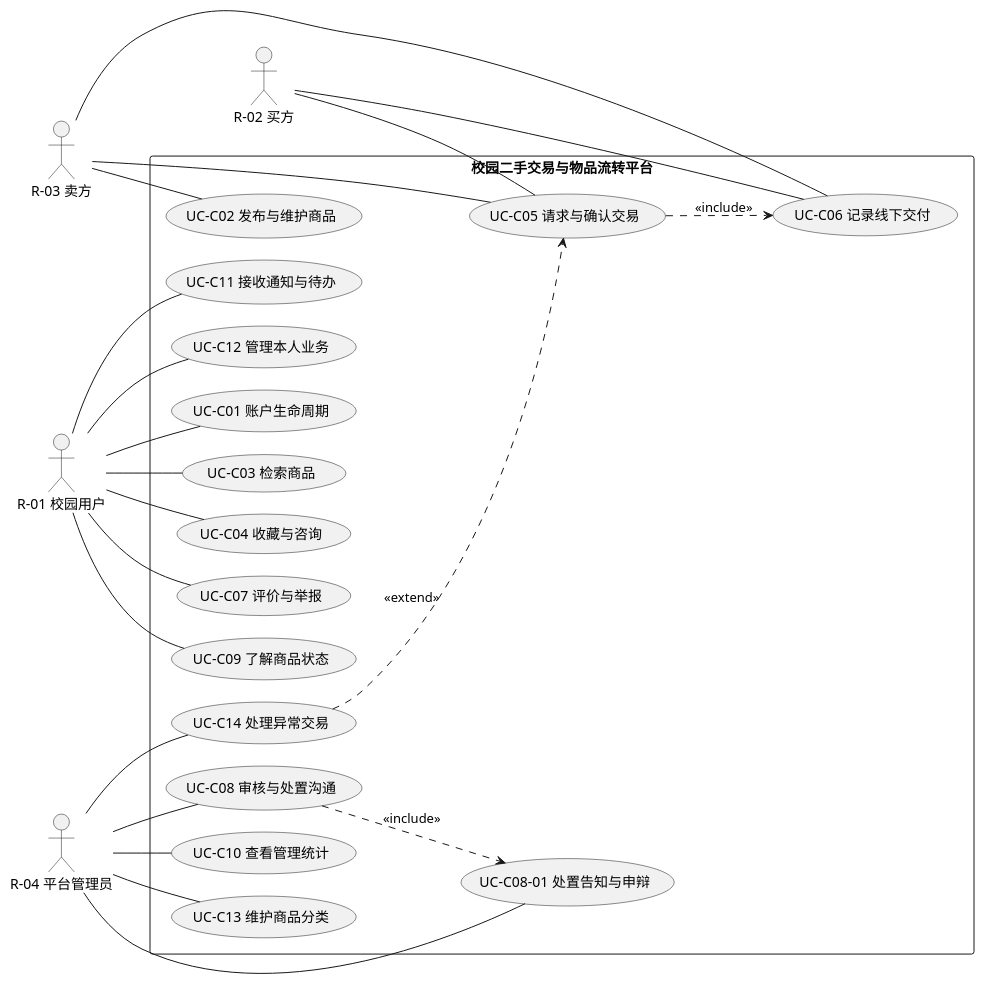
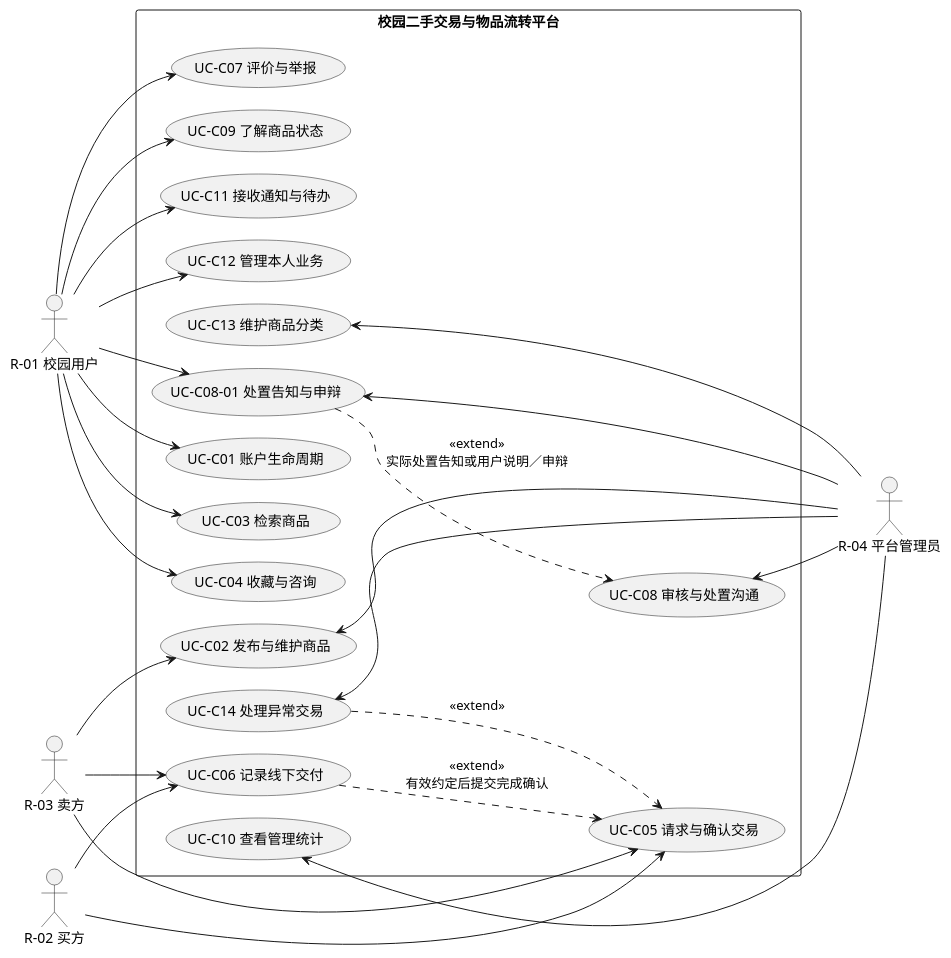
The diagram in docs/appendices/models/UC-01-系统用例图.puml (iy88/se-course-project-1), drawn with PlantUML before and after one commit. The commit also changed other lines of this file and 34 other files, not shown here.

First line of the commit message:
docs(models): 调整用例关系与图示

```diff
--- a/docs/appendices/models/UC-01-系统用例图.puml
+++ b/docs/appendices/models/UC-01-系统用例图.puml
@@ -7,54 +7,56 @@
 @startuml
 left to right direction
-skinparam defaultFontName "Microsoft YaHei"
+skinparam defaultFontName "PingFang SC"
 skinparam shadowing false
 skinparam packageStyle rectangle
 skinparam nodesep 22
 skinparam ranksep 40
 skinparam defaultTextAlignment center
 
 actor "R-01 校园用户" as A1
 actor "R-02 买方" as A2
 actor "R-03 卖方" as A3
 actor "R-04 平台管理员" as A4
 
 rectangle "校园二手交易与物品流转平台" {
   usecase "UC-C01 账户生命周期" as UC01
   usecase "UC-C03 检索商品" as UC03
   usecase "UC-C04 收藏与咨询" as UC04
   usecase "UC-C07 评价与举报" as UC07
   usecase "UC-C09 了解商品状态" as UC09
   usecase "UC-C11 接收通知与待办" as UC11
   usecase "UC-C12 管理本人业务" as UC12
   usecase "UC-C02 发布与维护商品" as UC02
   usecase "UC-C05 请求与确认交易" as UC05
   usecase "UC-C06 记录线下交付" as UC06
   usecase "UC-C08 审核与处置沟通" as UC08
   usecase "UC-C08-01 处置告知与申辩" as UC0801
   usecase "UC-C10 查看管理统计" as UC10
   usecase "UC-C13 维护商品分类" as UC13
   usecase "UC-C14 处理异常交易" as UC14
 }
 
-A1 -- UC01
-A1 -- UC03
-A1 -- UC04
-A1 -- UC07
-A1 -- UC09
-A1 -- UC11
-A1 -- UC12
-A2 -- UC05
-A2 -- UC06
-A3 -- UC02
-A3 -- UC05
-A3 -- UC06
-A4 -- UC08
-A4 -- UC0801
-A4 -- UC10
-A4 -- UC13
-A4 -- UC14
+A1 --> UC01
+A1 --> UC03
+A1 --> UC04
+A1 --> UC07
+A1 --> UC09
+A1 --> UC11
+A1 --> UC12
+A2 --> UC05
+A2 --> UC06
+A3 --> UC02
+A3 --> UC05
+A3 --> UC06
+UC08 <-- A4
+UC0801 <-- A4
+A1 --> UC0801
+UC02 <-- A4
+UC10 <-- A4
+UC13 <-- A4
+UC14 <-- A4
+UC06 ..> UC05 : <<extend>>\n有效约定后提交完成确认
+UC0801 ..> UC08 : <<extend>>\n实际处置告知或用户说明／申辩
+UC14 ..> UC05 : <<extend>>
 
-UC05 ..> UC06 : <<include>>
-UC08 ..> UC0801 : <<include>>
-UC14 ..> UC05 : <<extend>>
 @enduml
```
